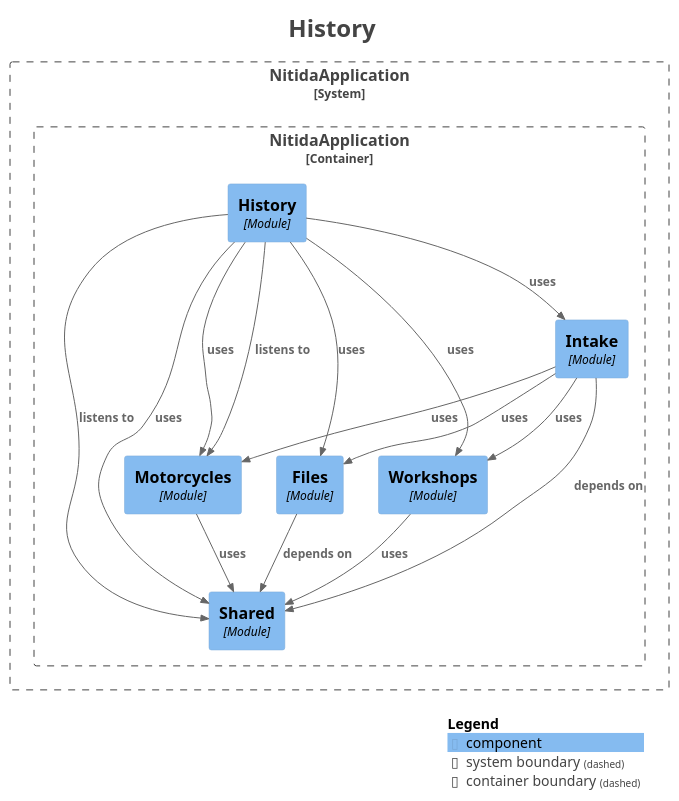
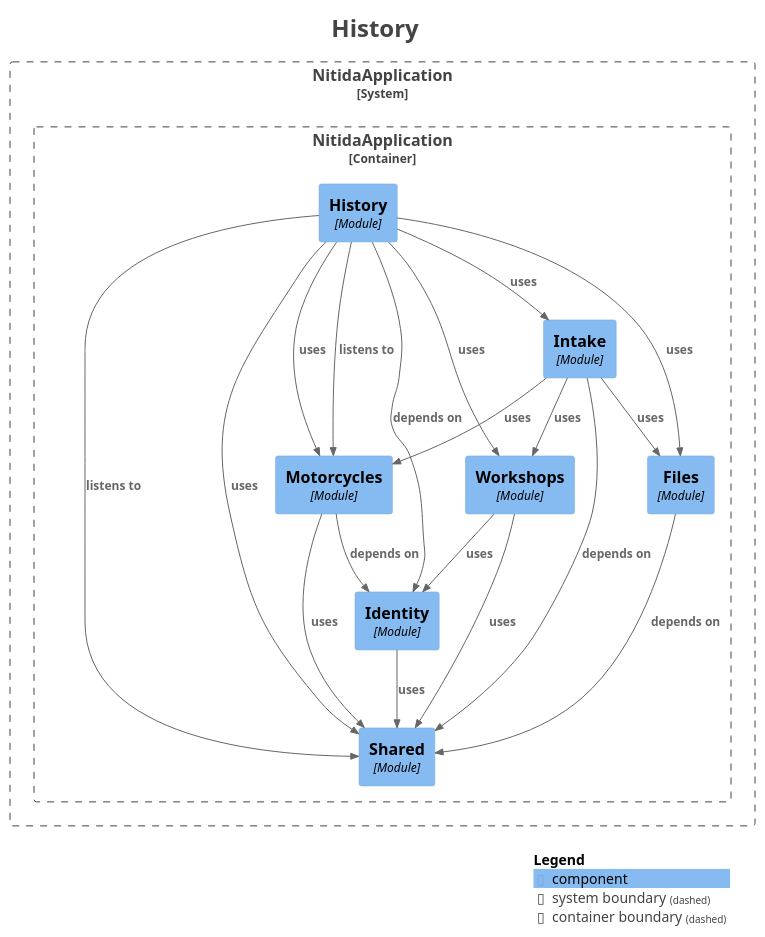
One commit to Nicolas-12000/Nitida changed the diagram in docs/modulos/module-history.puml. Above: the diagram before and after it, drawn with PlantUML. The commit also changed 6 other files, not shown here.

Commit message:
docs: regenerate module diagrams

```diff
--- a/docs/modulos/module-history.puml
+++ b/docs/modulos/module-history.puml
@@ -1,47 +1,52 @@
 @startuml
 title <size:24>History</size>
 
 set separator none
 top to bottom direction
 
 <style>
   root {
     BackgroundColor: #ffffff
     FontColor: #444444
   }
 </style>
 
 !include <C4/C4>
 !include <C4/C4_Context>
 !include <C4/C4_Component>
 
 System_Boundary("NitidaApplication_boundary", "NitidaApplication", $tags="") {
   Container_Boundary("NitidaApplication.NitidaApplication_boundary", "NitidaApplication", $tags="") {
     Component(NitidaApplication.NitidaApplication.History, "History", $techn="Module", $descr="", $tags="", $link="")
     Component(NitidaApplication.NitidaApplication.Shared, "Shared", $techn="Module", $descr="", $tags="", $link="")
     Component(NitidaApplication.NitidaApplication.Files, "Files", $techn="Module", $descr="", $tags="", $link="")
+    Component(NitidaApplication.NitidaApplication.Identity, "Identity", $techn="Module", $descr="", $tags="", $link="")
     Component(NitidaApplication.NitidaApplication.Motorcycles, "Motorcycles", $techn="Module", $descr="", $tags="", $link="")
     Component(NitidaApplication.NitidaApplication.Workshops, "Workshops", $techn="Module", $descr="", $tags="", $link="")
     Component(NitidaApplication.NitidaApplication.Intake, "Intake", $techn="Module", $descr="", $tags="", $link="")
   }
 
 }
 
+Rel(NitidaApplication.NitidaApplication.Workshops, NitidaApplication.NitidaApplication.Identity, "uses", $techn="", $tags="", $link="")
+Rel(NitidaApplication.NitidaApplication.Workshops, NitidaApplication.NitidaApplication.Shared, "uses", $techn="", $tags="", $link="")
+Rel(NitidaApplication.NitidaApplication.Identity, NitidaApplication.NitidaApplication.Shared, "uses", $techn="", $tags="", $link="")
 Rel(NitidaApplication.NitidaApplication.Files, NitidaApplication.NitidaApplication.Shared, "depends on", $techn="", $tags="", $link="")
-Rel(NitidaApplication.NitidaApplication.Workshops, NitidaApplication.NitidaApplication.Shared, "uses", $techn="", $tags="", $link="")
+Rel(NitidaApplication.NitidaApplication.History, NitidaApplication.NitidaApplication.Motorcycles, "listens to", $techn="", $tags="", $link="")
+Rel(NitidaApplication.NitidaApplication.History, NitidaApplication.NitidaApplication.Shared, "listens to", $techn="", $tags="", $link="")
+Rel(NitidaApplication.NitidaApplication.History, NitidaApplication.NitidaApplication.Identity, "depends on", $techn="", $tags="", $link="")
+Rel(NitidaApplication.NitidaApplication.History, NitidaApplication.NitidaApplication.Workshops, "uses", $techn="", $tags="", $link="")
+Rel(NitidaApplication.NitidaApplication.History, NitidaApplication.NitidaApplication.Intake, "uses", $techn="", $tags="", $link="")
+Rel(NitidaApplication.NitidaApplication.History, NitidaApplication.NitidaApplication.Motorcycles, "uses", $techn="", $tags="", $link="")
+Rel(NitidaApplication.NitidaApplication.History, NitidaApplication.NitidaApplication.Shared, "uses", $techn="", $tags="", $link="")
+Rel(NitidaApplication.NitidaApplication.History, NitidaApplication.NitidaApplication.Files, "uses", $techn="", $tags="", $link="")
+Rel(NitidaApplication.NitidaApplication.Motorcycles, NitidaApplication.NitidaApplication.Identity, "depends on", $techn="", $tags="", $link="")
+Rel(NitidaApplication.NitidaApplication.Motorcycles, NitidaApplication.NitidaApplication.Shared, "uses", $techn="", $tags="", $link="")
 Rel(NitidaApplication.NitidaApplication.Intake, NitidaApplication.NitidaApplication.Shared, "depends on", $techn="", $tags="", $link="")
 Rel(NitidaApplication.NitidaApplication.Intake, NitidaApplication.NitidaApplication.Motorcycles, "uses", $techn="", $tags="", $link="")
 Rel(NitidaApplication.NitidaApplication.Intake, NitidaApplication.NitidaApplication.Workshops, "uses", $techn="", $tags="", $link="")
 Rel(NitidaApplication.NitidaApplication.Intake, NitidaApplication.NitidaApplication.Files, "uses", $techn="", $tags="", $link="")
-Rel(NitidaApplication.NitidaApplication.Motorcycles, NitidaApplication.NitidaApplication.Shared, "uses", $techn="", $tags="", $link="")
-Rel(NitidaApplication.NitidaApplication.History, NitidaApplication.NitidaApplication.Motorcycles, "listens to", $techn="", $tags="", $link="")
-Rel(NitidaApplication.NitidaApplication.History, NitidaApplication.NitidaApplication.Shared, "listens to", $techn="", $tags="", $link="")
-Rel(NitidaApplication.NitidaApplication.History, NitidaApplication.NitidaApplication.Workshops, "uses", $techn="", $tags="", $link="")
-Rel(NitidaApplication.NitidaApplication.History, NitidaApplication.NitidaApplication.Intake, "uses", $techn="", $tags="", $link="")
-Rel(NitidaApplication.NitidaApplication.History, NitidaApplication.NitidaApplication.Shared, "uses", $techn="", $tags="", $link="")
-Rel(NitidaApplication.NitidaApplication.History, NitidaApplication.NitidaApplication.Files, "uses", $techn="", $tags="", $link="")
-Rel(NitidaApplication.NitidaApplication.History, NitidaApplication.NitidaApplication.Motorcycles, "uses", $techn="", $tags="", $link="")
 
 SHOW_LEGEND(true)
 hide stereotypes
 @enduml
```
